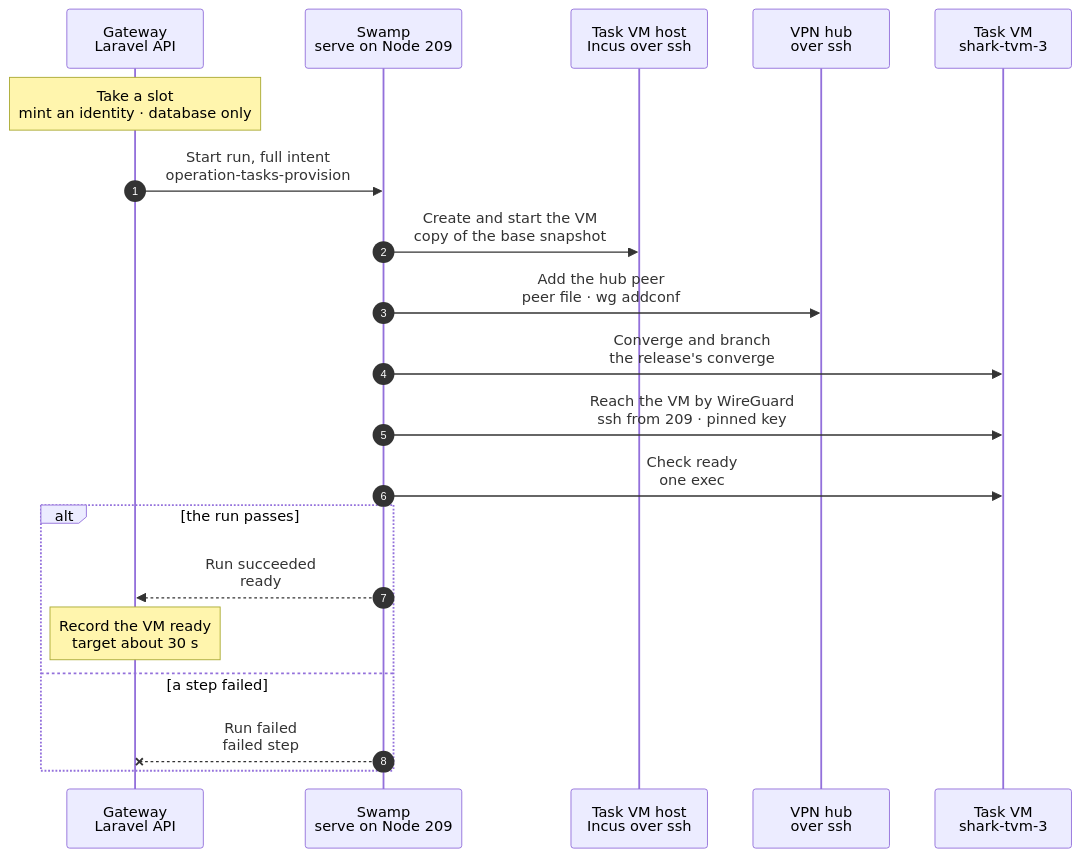
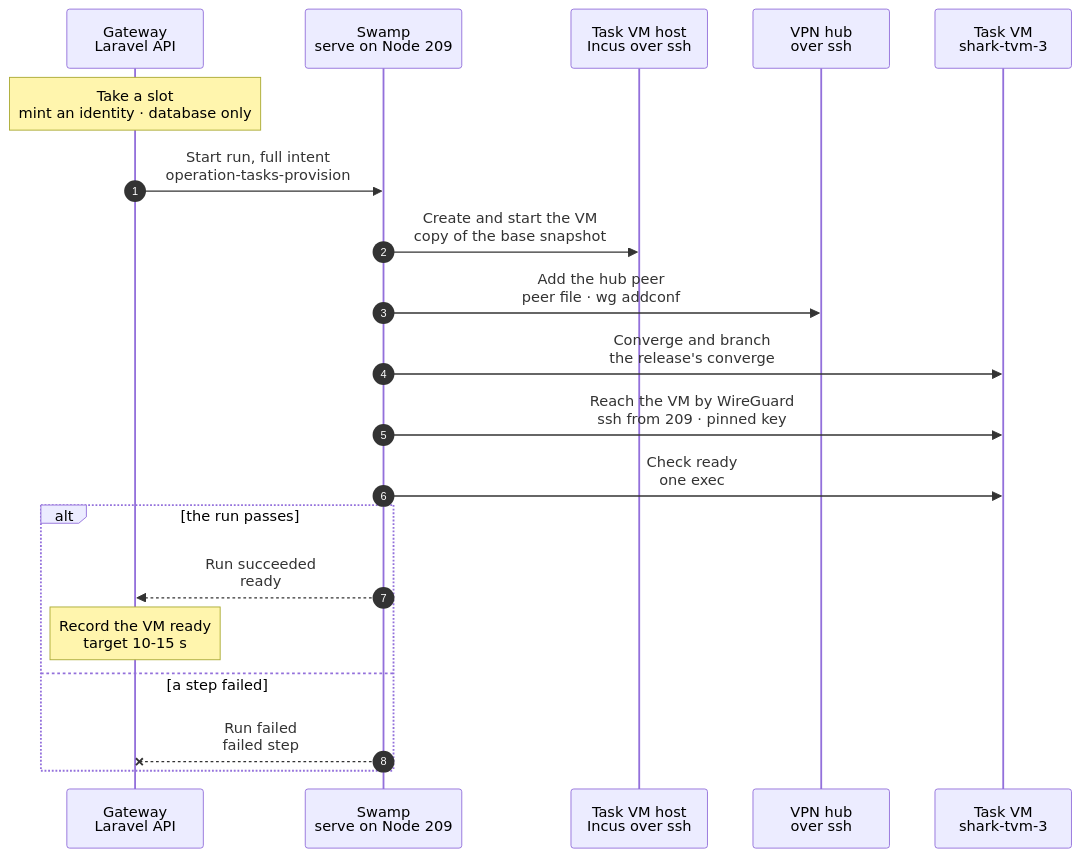
One commit to hardimpactdev/orbit changed the diagram in docs/cli/tasks/provision.mmd. Above: the diagram before and after it, drawn with Mermaid. The commit also changed 11 other files, not shown here.

First line of the commit message:
Task start: identity before boot, converge over WireGuard, model key off the path

```diff
--- a/docs/cli/tasks/provision.mmd
+++ b/docs/cli/tasks/provision.mmd
@@ -1,51 +1,54 @@
 sequenceDiagram
   %% Target design (agreed with Nick, 2026-11-07): a task start copies the host's base VM snapshot and gives the copy a fresh identity. There are no fixed slot identities: a slot is only a place under the host's capacity (`max_vms`), and the VM is named `<host>-tvm-<n>` by its slot number.
   %% status: draft
   %% command: tasks:provision
   %% kind: tasks.provision
   autonumber
   %% lane GW icon=gateway pill=intent tone=blue
   %% lane SW icon=workflow pill=executes tone=green
   %% lane H icon=server pill=target tone=amber
   %% lane HUB icon=server pill=target tone=purple
   %% lane VM icon=server pill=task VM tone=purple
   participant GW as Gateway<br/>Laravel API
   participant SW as Swamp<br/>serve on Node 209
   participant H as Task VM host<br/>Incus over ssh
   participant HUB as VPN hub<br/>over ssh
   participant VM as Task VM<br/>shark-tvm-3
   Note over GW: Take a slot<br/>mint an identity · database only
   %%> Started by:
   %%> - `tasks:provision` for a todo group, from proof CI or feature work
   %%> Result:
   %%> - the lowest free slot number under the capacity of the host with the most room: `shark-tvm-3`
   %%> - a fresh identity: the Node record with its `app-dev` role, a WireGuard key pair, the agent secret and an SSH host key, pinned on the Node from the start so nothing is read back
   %%> - the claim's Pi token and model key in the vault
   GW->>SW: Start run, full intent<br/>operation-tasks-provision
   SW->>H: Create and start the VM<br/>copy of the base snapshot
   %%> What it does:
-  %%> - one host exec: `incus copy` of the base VM's recorded snapshot and a clone of its seed snapshot (ZFS clones), the identity and the claim's keys written from the vault on stdin, then `incus start` and the services that use them
+  %%> - one host phase: `incus copy` of the base VM's recorded snapshot and a clone of its seed snapshot (ZFS clones); an identity volume of the VM with the identity and the claim's keys, pushed from the vault on stdin; then `incus start`. It waits for nothing in the guest
+  %%> - at boot, the base's `orbit-identity` unit applies the identity volume before sshd, WireGuard and the agent start, then unmounts it; sshd answers over WireGuard about 6 s after the start
   %%> - the containers start by themselves (`boot.autostart`) and already hold the proof Swamp Club key of the base
   SW->>HUB: Add the hub peer<br/>peer file · wg addconf
   %%> Runs beside the step before it: Swamp starts both at once.
   %%> What it does:
-  %%> - the VM's public key and address on the WireGuard hub, while the VM boots; the claim's model key goes to the model router beside it
+  %%> - the VM's public key and address on the WireGuard hub, while the VM boots; the claim's model key goes to the model router beside it, and only Check ready waits for it
   SW->>VM: Converge and branch<br/>the release's converge
   %%> What it does:
-  %%> - the same Ansible converge as the release refresh; with no delta every part is skipped, and it catches up a small delta when main moved since the last release
+  %%> - the same Ansible converge as the release refresh, over WireGuard with the address and host key of the admission; it starts as soon as sshd answers and reads nothing back from the host
+  %%> - with no delta every part is skipped, and it catches up a small delta when main moved since the last release
   %%> - then the new task branch on the checkout; it waits for no nested service
   SW->>VM: Reach the VM by WireGuard<br/>ssh from 209 · pinned key
   %%> What it does:
   %%> - the path every later step takes (sync, check, turn, script): ssh from a Swamp worker to the VM's WireGuard address with its pinned host key
+  %%> - runs beside the readiness read
   SW->>VM: Check ready<br/>one exec
   %%> What it does:
   %%> - what a task needs: the agent, Pi, the tunnel and the three containers running; Swamp's `assert` decides
   %%> - the tunnel counts as up once WireGuard has a handshake with the hub; the hub answers no ping from a task VM
   alt the run passes
     SW-->>GW: Run succeeded<br/>ready
-    Note over GW: Record the VM ready<br/>target about 30 s
+    Note over GW: Record the VM ready<br/>target 10-15 s
   else a step failed
     SW--xGW: Run failed<br/>failed step
     %%> On failure:
-    %%> - the release runs: the VM, its seed clone, the hub peer, the keys and the Node record go, and the slot is free
+    %%> - the release runs: the VM, its seed clone, its identity volume, the hub peer, the keys and the Node record go, and the slot is free
   end
```
